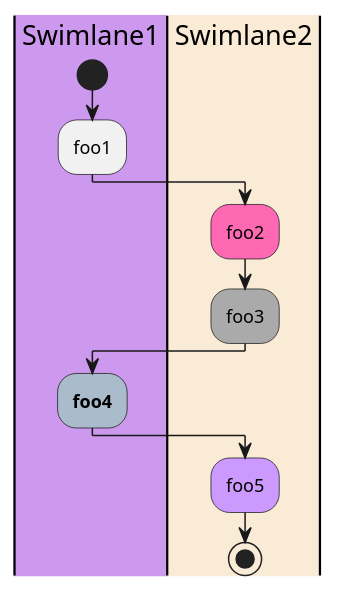
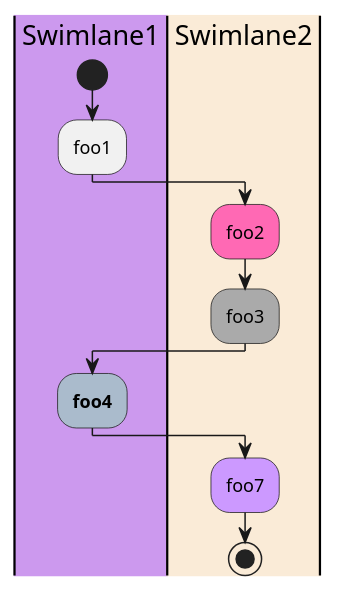
Before and after one commit to arleth/sofie1: the diagram in nyk/Rekruttering.wsd, drawn with PlantUML.

```diff
--- a/nyk/Rekruttering.wsd
+++ b/nyk/Rekruttering.wsd
@@ -1,13 +1,13 @@
 @startuml
 |#CC99EE|Swimlane1|
 start
 :foo1;
 |#AntiqueWhite|Swimlane2|
 #HotPink:foo2;
 #AAAAAA:foo3;
 |Swimlane1|
 #AABBCC:**foo4**;
 |Swimlane2|
-#CC99FF:foo5;
+#CC99FF:foo7;
 stop
 @enduml
```
